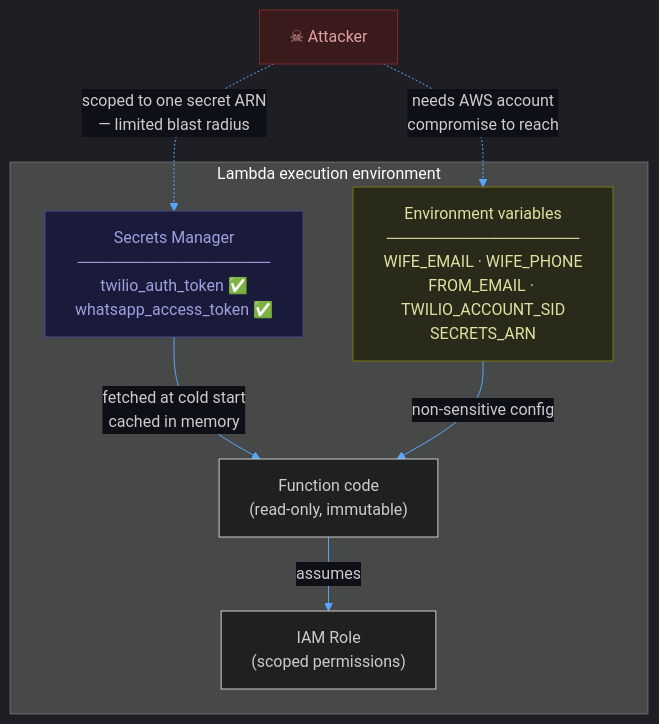
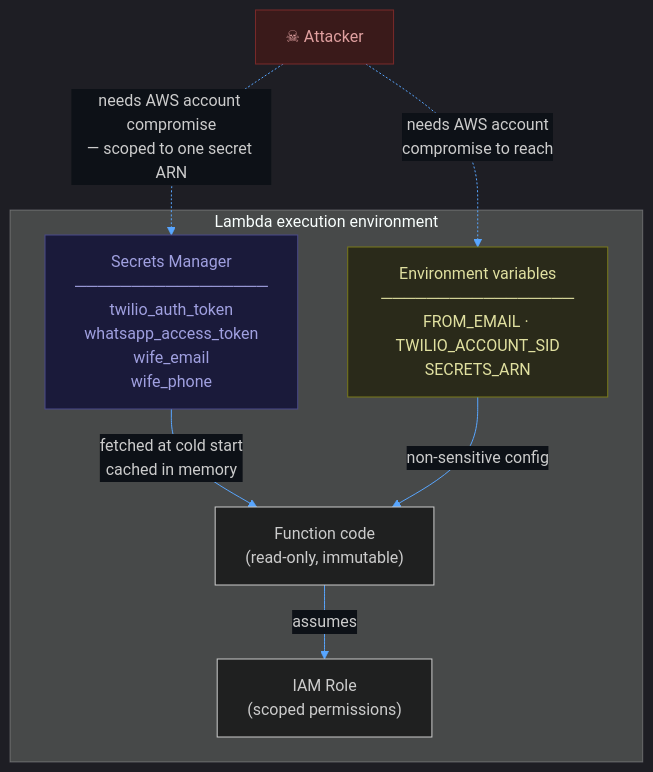
The third of 6 diagrams in docs/threat-model.md (baldrickuk/washingmachine-notifications), drawn with Mermaid before and after one commit. The commit also changed other lines of this file and 3 other files, not shown here.

First line of the commit message:
Move wife_email and wife_phone to Secrets Manager — resolve finding #4

````diff
--- a/docs/threat-model.md
+++ b/docs/threat-model.md
@@ -127,21 +127,21 @@
 ```mermaid
 %%{init: {'theme': 'dark', 'themeVariables': {'primaryColor': '#1e3a5f', 'primaryTextColor': '#c9d1d9', 'primaryBorderColor': '#4a7ab5', 'lineColor': '#58a6ff', 'edgeLabelBackground': '#0d1117'}}}%%
 
 flowchart TD
     subgraph env ["Lambda execution environment"]
-        EV["Environment variables\n─────────────────\nWIFE_EMAIL · WIFE_PHONE\nFROM_EMAIL · TWILIO_ACCOUNT_SID\nSECRETS_ARN"]
-        SM["Secrets Manager\n─────────────────\ntwilio_auth_token ✅\nwhatsapp_access_token ✅"]
+        EV["Environment variables\n─────────────────\nFROM_EMAIL · TWILIO_ACCOUNT_SID\nSECRETS_ARN"]
+        SM["Secrets Manager\n─────────────────\ntwilio_auth_token\nwhatsapp_access_token\nwife_email\nwife_phone"]
         CODE["Function code\n(read-only, immutable)"]
         ROLE["IAM Role\n(scoped permissions)"]
     end
 
     ATTACKER["☠ Attacker"] -. "needs AWS account\ncompromise to reach" .-> EV
-    ATTACKER -. "scoped to one secret ARN\n— limited blast radius" .-> SM
+    ATTACKER -. "needs AWS account compromise\n— scoped to one secret ARN" .-> SM
     SM -->|"fetched at cold start\ncached in memory"| CODE
     EV -->|"non-sensitive config"| CODE
     CODE -->|"assumes"| ROLE
 
     style ATTACKER fill:#3a1a1a,stroke:#7a2a2a,color:#e0a0a0
     style EV fill:#2a2a1a,stroke:#7a7a1a,color:#e0e0a0
     style SM fill:#1a1a3a,stroke:#4a4a8a,color:#a0a0e0
 ```
````
